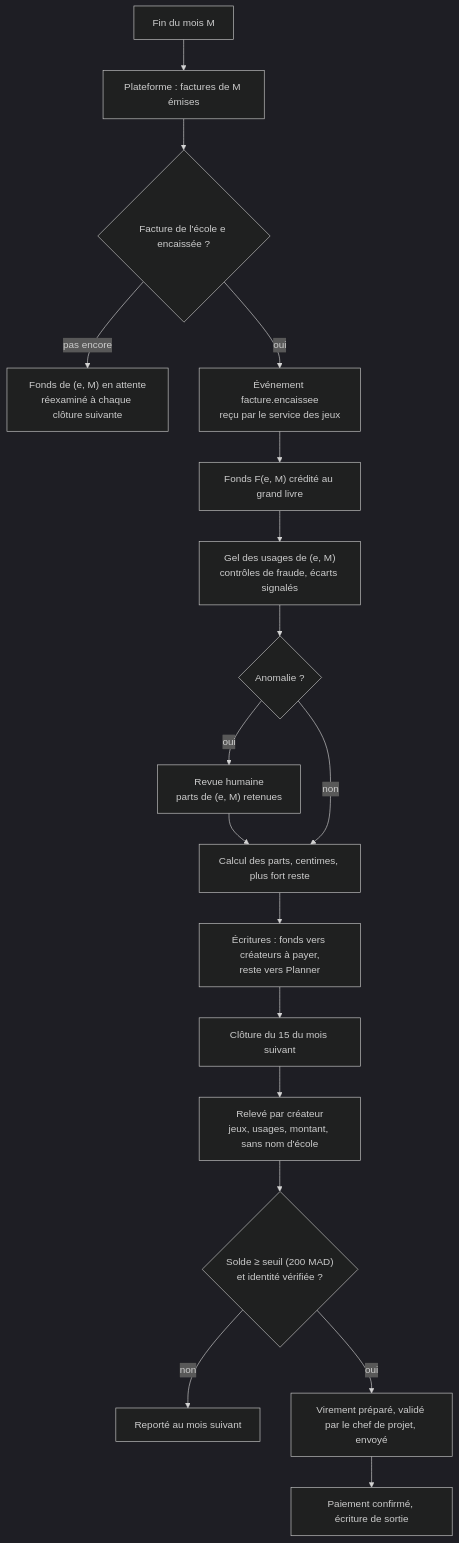
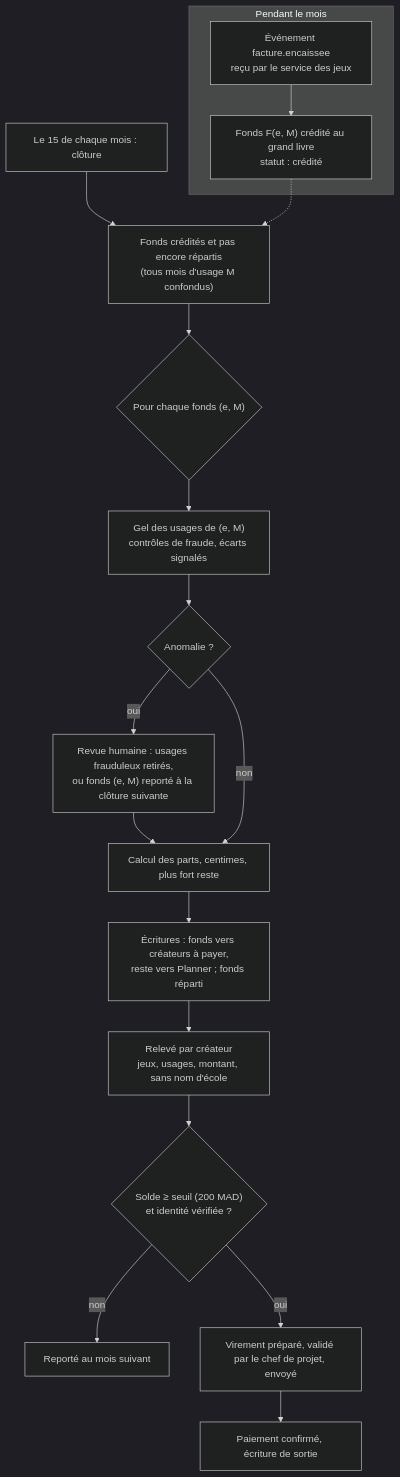
Before and after one commit to Claude20022002/plan_B_projet_PACTE: the first of 2 diagrams in docs/plans/planner-multi-etablissements/08-remuneration.md, drawn with Mermaid (dark theme). The commit also changed other lines of this file and 13 other files, not shown here.

````diff
--- a/docs/plans/planner-multi-etablissements/08-remuneration.md
+++ b/docs/plans/planner-multi-etablissements/08-remuneration.md
@@ -64,20 +66,20 @@
 ```mermaid
 flowchart TD
-    A["Fin du mois M"] --> B["Plateforme : factures de M émises"]
-    B --> C{"Facture de l'école e encaissée ?"}
-    C -- "pas encore" --> D["Fonds de (e, M) en attente<br/>réexaminé à chaque clôture suivante"]
-    C -- oui --> E["Événement facture.encaissee<br/>reçu par le service des jeux"]
-    E --> F["Fonds F(e, M) crédité au grand livre"]
-    F --> G["Gel des usages de (e, M)<br/>contrôles de fraude, écarts signalés"]
+    subgraph CONTINU["Pendant le mois"]
+        E["Événement facture.encaissee<br/>reçu par le service des jeux"] --> F["Fonds F(e, M) crédité au grand livre<br/>statut : crédité"]
+    end
+    A["Le 15 de chaque mois : clôture"] --> B["Fonds crédités et pas encore répartis<br/>(tous mois d'usage M confondus)"]
+    B --> C{"Pour chaque fonds (e, M)"}
+    C --> G["Gel des usages de (e, M)<br/>contrôles de fraude, écarts signalés"]
     G --> H{"Anomalie ?"}
-    H -- oui --> I["Revue humaine<br/>parts de (e, M) retenues"]
+    H -- oui --> I["Revue humaine : usages frauduleux retirés,<br/>ou fonds (e, M) reporté à la clôture suivante"]
     I --> J
     H -- non --> J["Calcul des parts, centimes, plus fort reste"]
-    J --> K["Écritures : fonds vers créateurs à payer,<br/>reste vers Planner"]
-    K --> L["Clôture du 15 du mois suivant"]
-    L --> M["Relevé par créateur<br/>jeux, usages, montant, sans nom d'école"]
+    J --> K["Écritures : fonds vers créateurs à payer,<br/>reste vers Planner ; fonds réparti"]
+    K --> M["Relevé par créateur<br/>jeux, usages, montant, sans nom d'école"]
     M --> N{"Solde ≥ seuil (200 MAD)<br/>et identité vérifiée ?"}
     N -- non --> O["Reporté au mois suivant"]
     N -- oui --> P["Virement préparé, validé par le chef de projet, envoyé"]
     P --> Q["Paiement confirmé, écriture de sortie"]
+    F -.-> B
 ```
````
